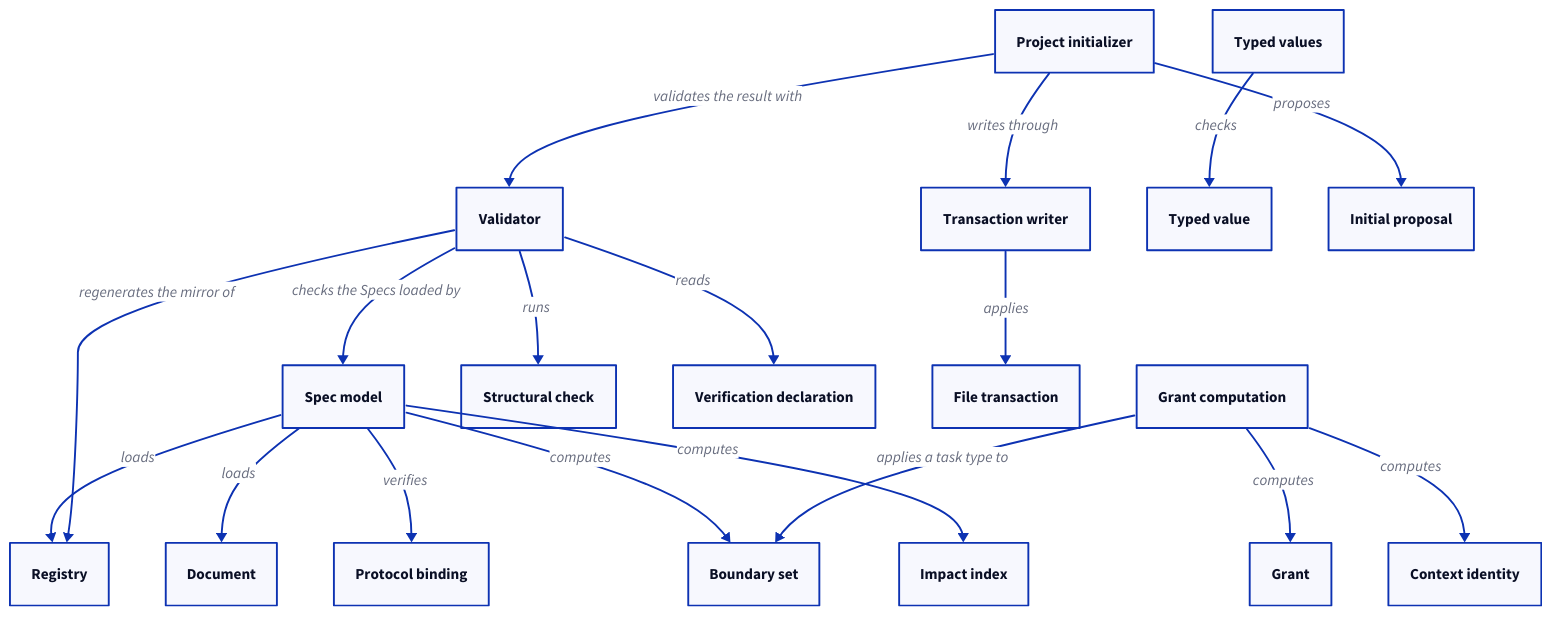
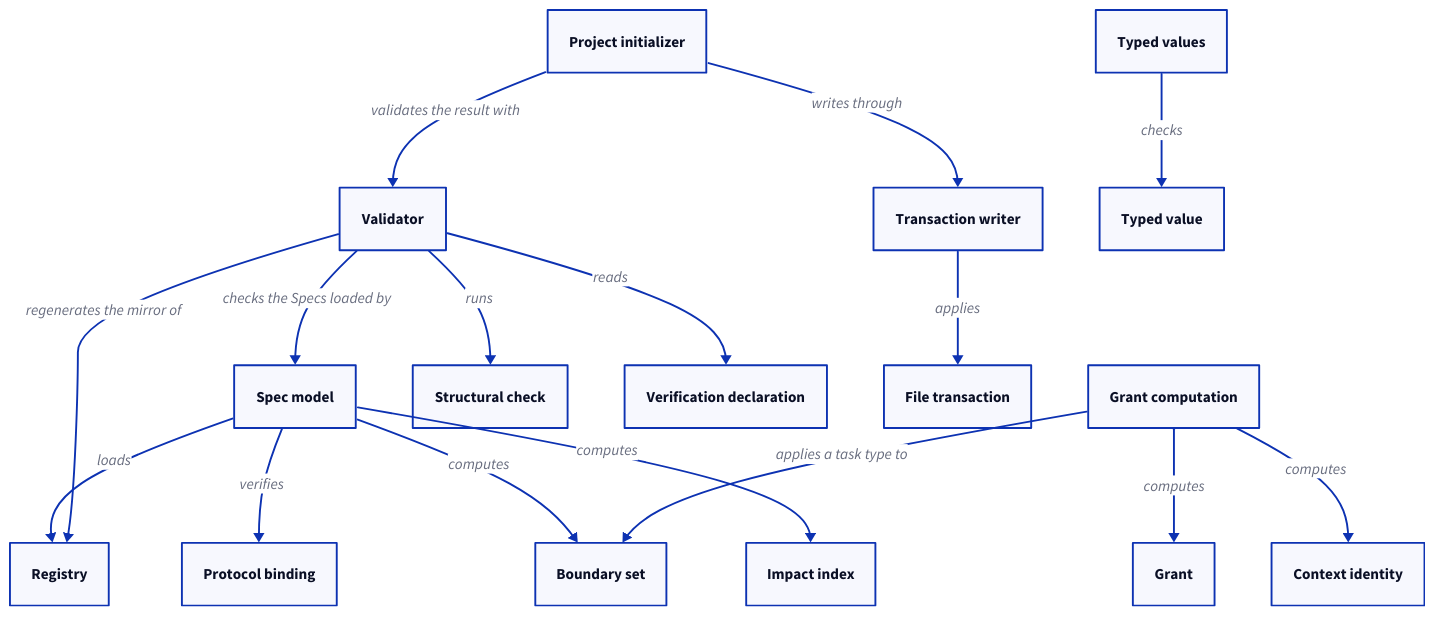
The first of 2 diagrams in specs/concorde/spec-tooling/spec/module.md (FTOD/concorde), drawn with D2 before and after one commit. The commit also changed other lines of this file and 66 other files, not shown here.

````diff
--- a/specs/concorde/spec-tooling/spec/module.md
+++ b/specs/concorde/spec-tooling/spec/module.md
@@ -16,39 +16,35 @@
 ```d2
 model: Spec model
 validator: Validator
 grants: Grant computation
 init: Project initializer
 writer: Transaction writer
 types: Typed values
 
 registry: Registry
-document: Document
 binding: Protocol binding
 sets: Boundary set
 impact: Impact index
 check: Structural check
 declaration: Verification declaration
 grant: Grant
 identity: Context identity
 value: Typed value
 transaction: File transaction
-proposal: Initial proposal
 
 model -> registry: loads
-model -> document: loads
 model -> binding: verifies
 model -> sets: computes
 model -> impact: computes
 validator -> model: checks the Specs loaded by
 validator -> check: runs
 validator -> declaration: reads
 validator -> registry: regenerates the mirror of
 grants -> sets: applies a task type to
 grants -> grant: computes
 grants -> identity: computes
 types -> value: checks
 writer -> transaction: applies
-init -> proposal: proposes
 init -> writer: writes through
 init -> validator: validates the result with
 ```
````
